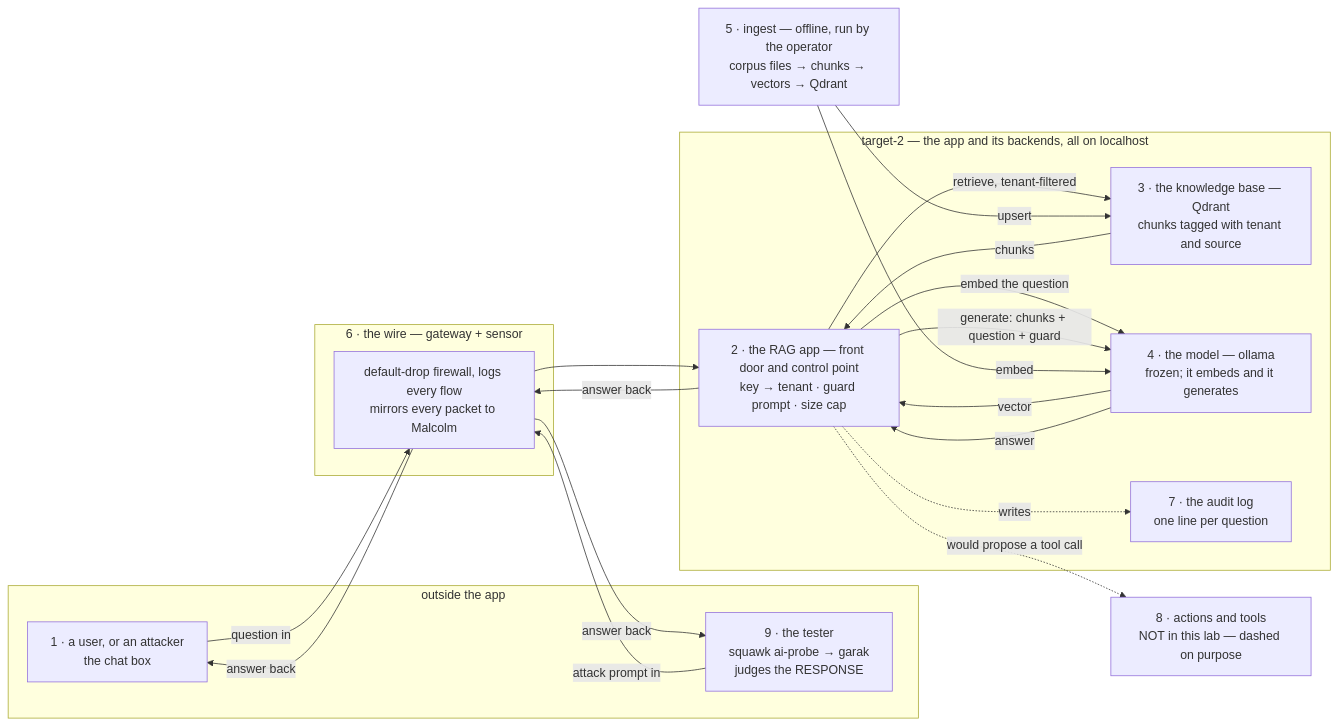
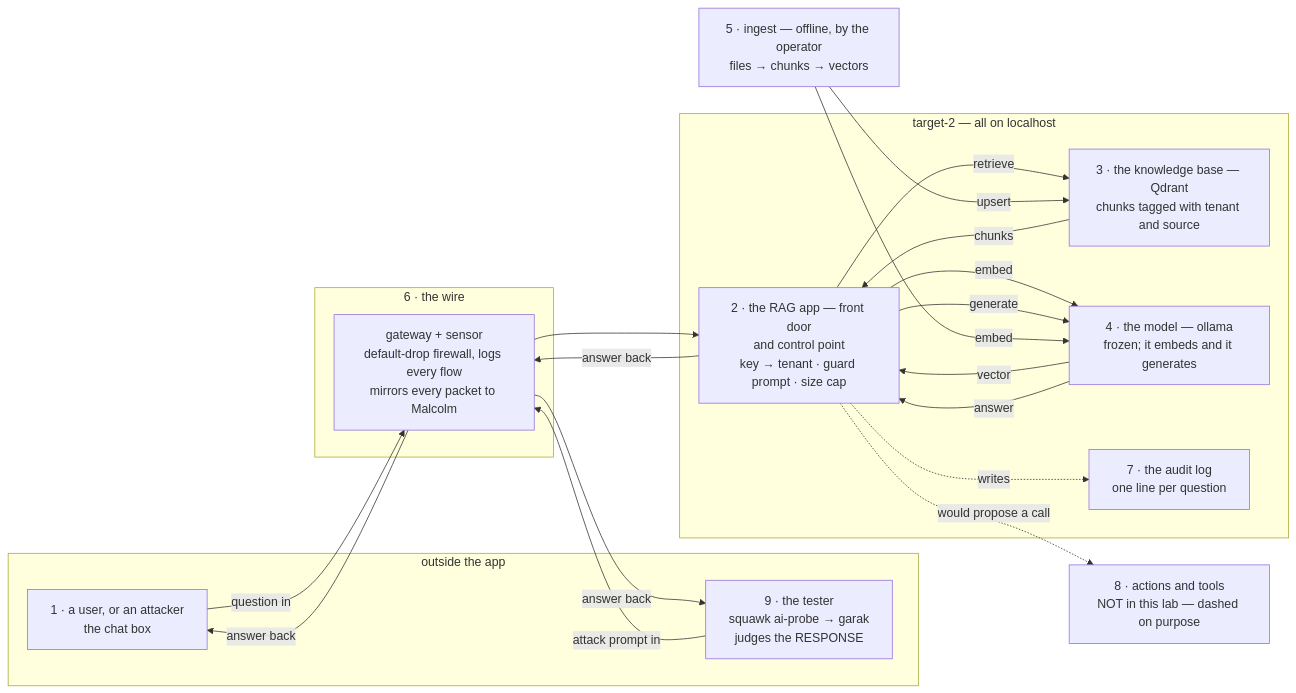
The diagram in lab-journal/start-here-ai-architecture.md (ryayres-fox/Security), drawn with Mermaid before and after one commit. The commit also changed other lines of this file and 5 other files, not shown here.

First line of the commit message:
Lab journal: legible diagrams, and the agentic-services page (#90)

````diff
--- a/lab-journal/start-here-ai-architecture.md
+++ b/lab-journal/start-here-ai-architecture.md
@@ -19,35 +19,35 @@
 ```mermaid
 graph LR
   subgraph OUT["outside the app"]
     U["1 · a user, or an attacker<br/>the chat box"]
     T["9 · the tester<br/>squawk ai-probe → garak<br/>judges the RESPONSE"]
   end
-  subgraph WIRE["6 · the wire — gateway + sensor"]
-    GW["default-drop firewall, logs every flow<br/>mirrors every packet to Malcolm"]
+  subgraph WIRE["6 · the wire"]
+    GW["gateway + sensor<br/>default-drop firewall, logs every flow<br/>mirrors every packet to Malcolm"]
   end
-  subgraph BOX["target-2 — the app and its backends, all on localhost"]
-    APP["2 · the RAG app — front door and control point<br/>key → tenant · guard prompt · size cap"]
+  subgraph BOX["target-2 — all on localhost"]
+    APP["2 · the RAG app — front door<br/>and control point<br/>key → tenant · guard prompt · size cap"]
     KB["3 · the knowledge base — Qdrant<br/>chunks tagged with tenant and source"]
     M["4 · the model — ollama<br/>frozen; it embeds and it generates"]
     AUD["7 · the audit log<br/>one line per question"]
   end
-  ING["5 · ingest — offline, run by the operator<br/>corpus files → chunks → vectors → Qdrant"]
+  ING["5 · ingest — offline, by the operator<br/>files → chunks → vectors"]
   ACT["8 · actions and tools<br/>NOT in this lab — dashed on purpose"]
 
   U -->|"question in"| GW
   T -->|"attack prompt in"| GW
   GW --> APP
-  APP -->|"embed the question"| M
+  APP -->|"embed"| M
   M -->|"vector"| APP
-  APP -->|"retrieve, tenant-filtered"| KB
+  APP -->|"retrieve"| KB
   KB -->|"chunks"| APP
-  APP -->|"generate: chunks + question + guard"| M
+  APP -->|"generate"| M
   M -->|"answer"| APP
   APP -->|"answer back"| GW
   GW -->|"answer back"| U
   GW -->|"answer back"| T
   APP -.->|"writes"| AUD
   ING -->|"embed"| M
   ING -->|"upsert"| KB
-  APP -. "would propose a tool call" .-> ACT
+  APP -. "would propose a call" .-> ACT
 ```
````
